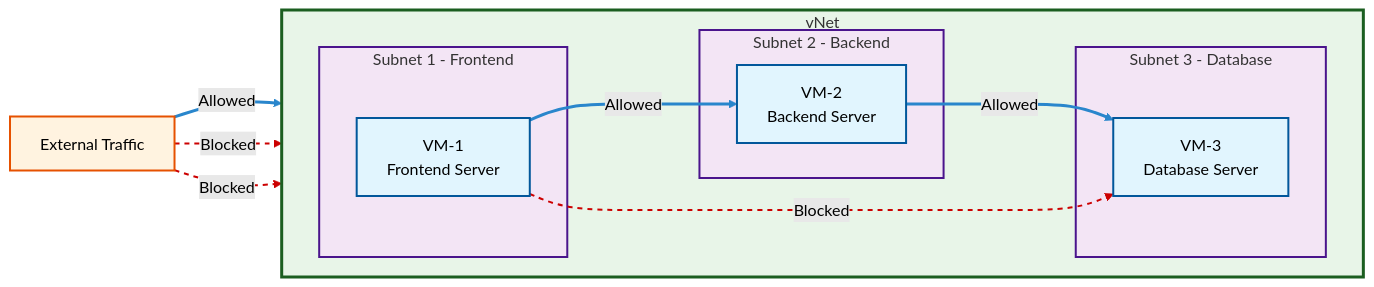
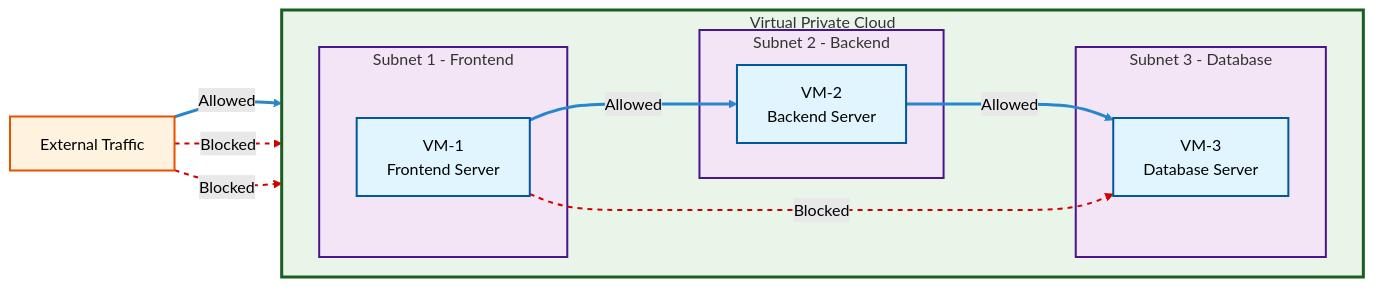
The second of 2 diagrams in network-segmentation.md (hrittikhere/diagrams), drawn with Mermaid (forest theme) before and after one commit.

````diff
--- a/network-segmentation.md
+++ b/network-segmentation.md
@@ -57,53 +57,53 @@
 ```mermaid
 
 flowchart LR
     ext[External Traffic]
     
-    %% Group subnets inside vNet with VMs as boxes
-    subgraph vNet [vNet]
+    %% Group subnets inside Virtual Private Cloud with VMs as boxes
+    subgraph vNet [Virtual Private Cloud]
         direction LR
         
         subgraph sub1 [Subnet 1 - Frontend]
             vm1[VM-1<br/>Frontend Server]
         end
         
         subgraph sub2 [Subnet 2 - Backend]
             vm2[VM-2<br/>Backend Server]
         end
         
         subgraph sub3 [Subnet 3 - Database]
             vm3[VM-3<br/>Database Server]
         end
     end
 
     %% Allowed traffic flows (blue)
     ext -- "Allowed" --> vm1
     vm1 -- "Allowed" --> vm2
     vm2 -- "Allowed" --> vm3
 
     %% Blocked traffic flows (red)
     ext -. "Blocked" .-> vm2
     ext -. "Blocked" .-> vm3
     vm1 -. "Blocked" .-> vm3
 
     %% Styling for clarity
     classDef vmBox fill:#e1f5fe,stroke:#01579b,stroke-width:2px,color:#000;
     classDef subnetBox fill:#f3e5f5,stroke:#4a148c,stroke-width:2px;
     classDef vnetBox fill:#e8f5e8,stroke:#1b5e20,stroke-width:3px;
     classDef external fill:#fff3e0,stroke:#e65100,stroke-width:2px;
     
     class vm1,vm2,vm3 vmBox;
     class sub1,sub2,sub3 subnetBox;
     class vNet vnetBox;
     class ext external;
     
     %% Link styling
     linkStyle 0 stroke:#2986cc,stroke-width:3px;
     linkStyle 1 stroke:#2986cc,stroke-width:3px;
     linkStyle 2 stroke:#2986cc,stroke-width:3px;
     linkStyle 3 stroke:#cc0000,stroke-width:2px,stroke-dasharray: 5 5;
     linkStyle 4 stroke:#cc0000,stroke-width:2px,stroke-dasharray: 5 5;
     linkStyle 5 stroke:#cc0000,stroke-width:2px,stroke-dasharray: 5 5;
 
 
 ```
````
